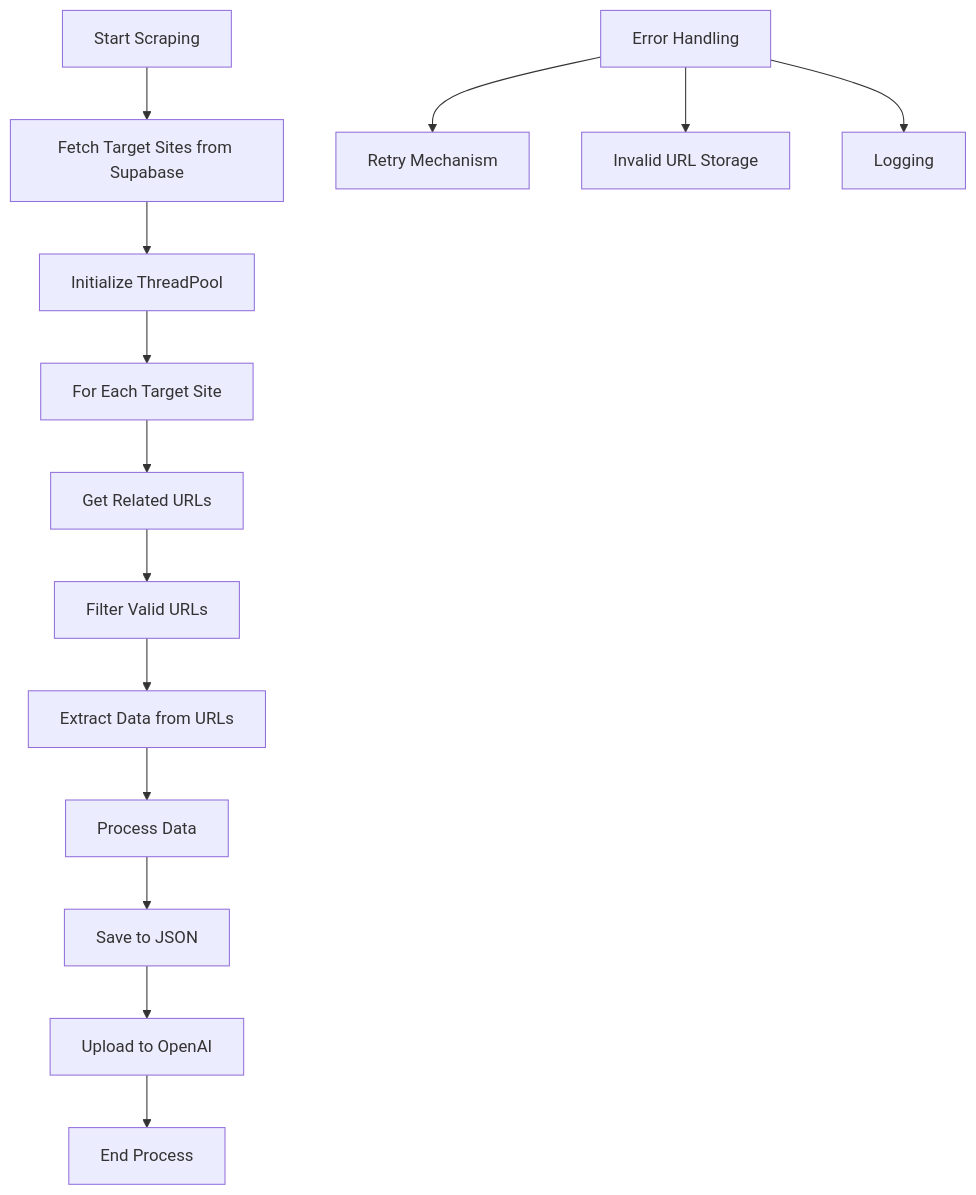
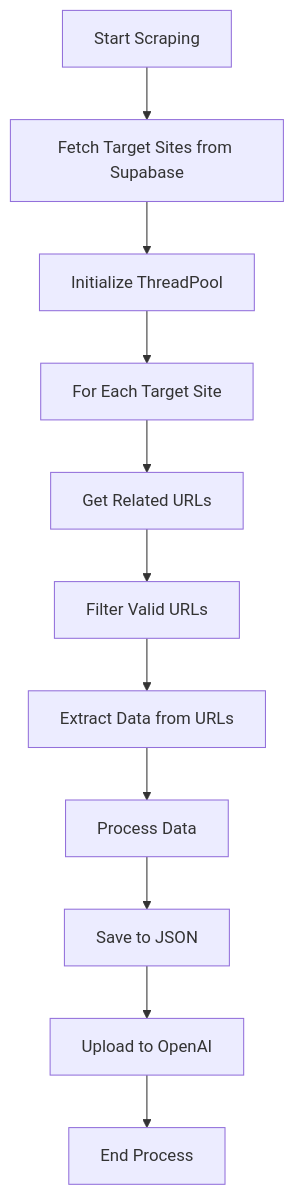
One commit to robertocemeri/mobile-data-scraper changed the second of 3 diagrams in DOCUMENTATION.md. Above: the diagram before and after it, drawn with Mermaid.

````diff
--- a/DOCUMENTATION.md
+++ b/DOCUMENTATION.md
@@ -24,17 +24,13 @@
 ```mermaid
 graph TD
     A[Start Scraping] --> B[Fetch Target Sites from Supabase]
     B --> C[Initialize ThreadPool]
     C --> D[For Each Target Site]
     D --> E[Get Related URLs]
     E --> F[Filter Valid URLs]
     F --> G[Extract Data from URLs]
     G --> H[Process Data]
     H --> I[Save to JSON]
     I --> J[Upload to OpenAI]
     J --> K[End Process]
-    
-    L[Error Handling] --> M[Retry Mechanism]
-    L --> N[Invalid URL Storage]
-    L --> O[Logging]
 ```
````
